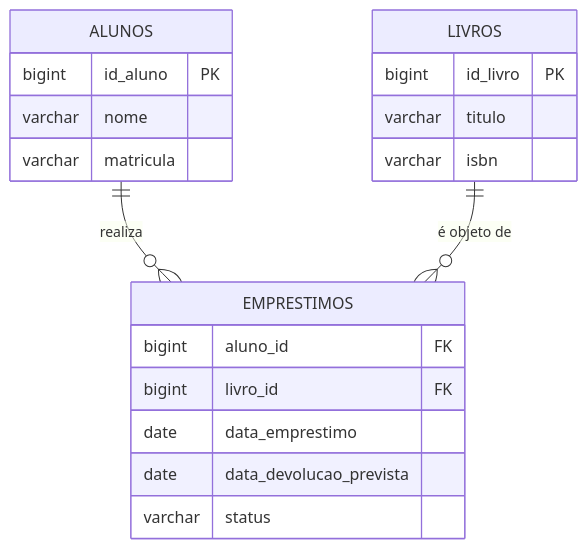
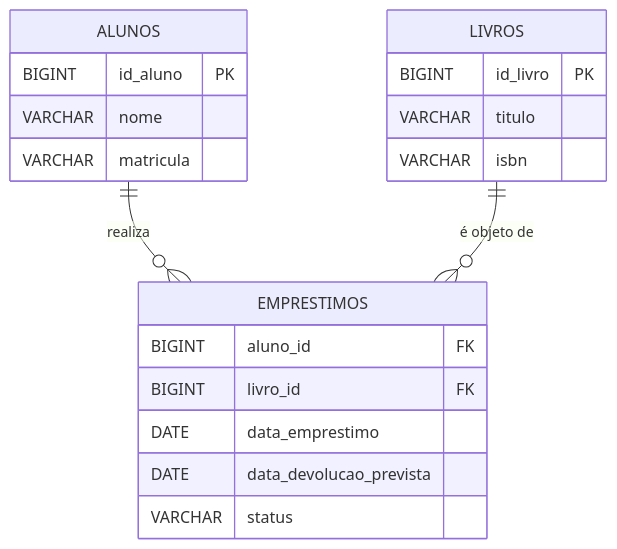
Before and after one commit to DSM-Fatec-Jahu/BDR-DSM-2026-2: diagram 19 of 20 in docs/aulas/Aula_01_Revisao_Modelagem_Conceitual.md, drawn with Mermaid. The commit also changed other lines of this file and 2 other files, not shown here.

First line of the commit message:
Padroniza tipos SQL em MAIÚSCULAS nos diagramas (Regra 3)

````diff
--- a/docs/aulas/Aula_01_Revisao_Modelagem_Conceitual.md
+++ b/docs/aulas/Aula_01_Revisao_Modelagem_Conceitual.md
@@ -846,22 +846,22 @@
 ```mermaid
 erDiagram
     ALUNOS {
-        bigint id_aluno PK
-        varchar nome
-        varchar matricula
+        BIGINT id_aluno PK
+        VARCHAR nome
+        VARCHAR matricula
     }
     LIVROS {
-        bigint id_livro PK
-        varchar titulo
-        varchar isbn
+        BIGINT id_livro PK
+        VARCHAR titulo
+        VARCHAR isbn
     }
     EMPRESTIMOS {
-        bigint aluno_id FK
-        bigint livro_id FK
-        date data_emprestimo
-        date data_devolucao_prevista
-        varchar status
+        BIGINT aluno_id FK
+        BIGINT livro_id FK
+        DATE data_emprestimo
+        DATE data_devolucao_prevista
+        VARCHAR status
     }
     ALUNOS ||--o{ EMPRESTIMOS : "realiza"
     LIVROS ||--o{ EMPRESTIMOS : "é objeto de"
 ```
````
